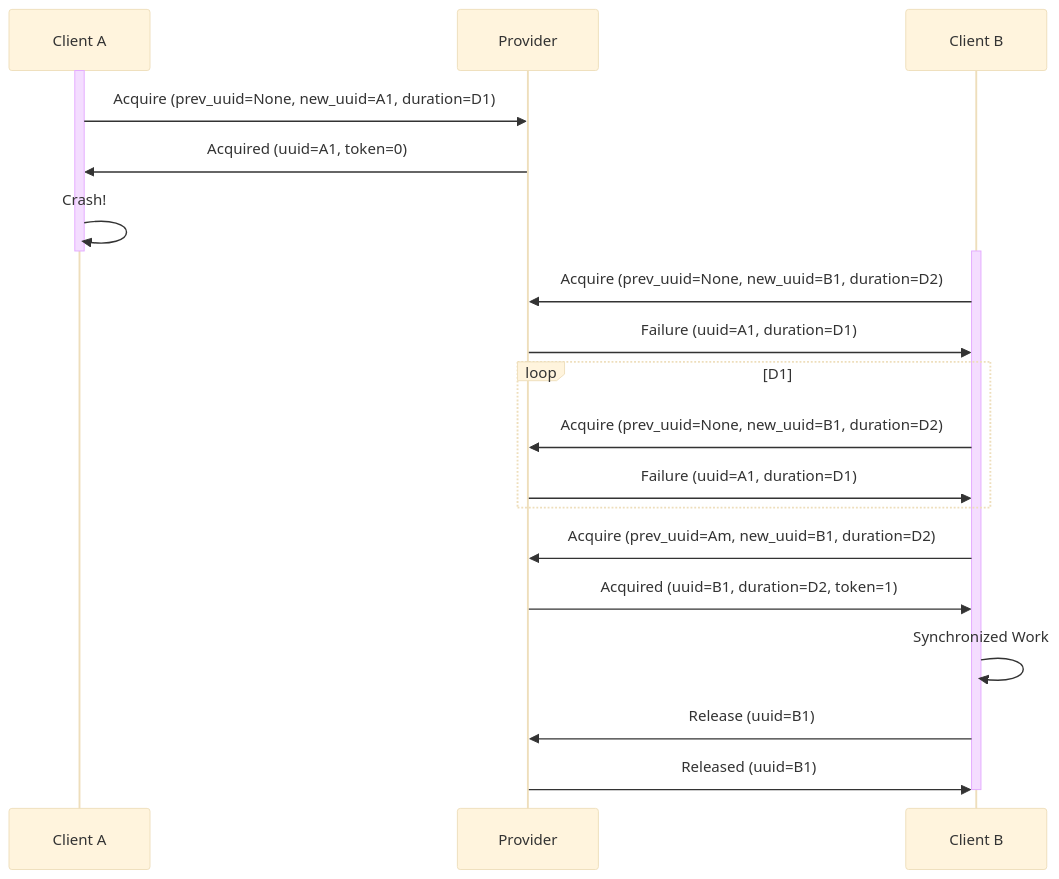
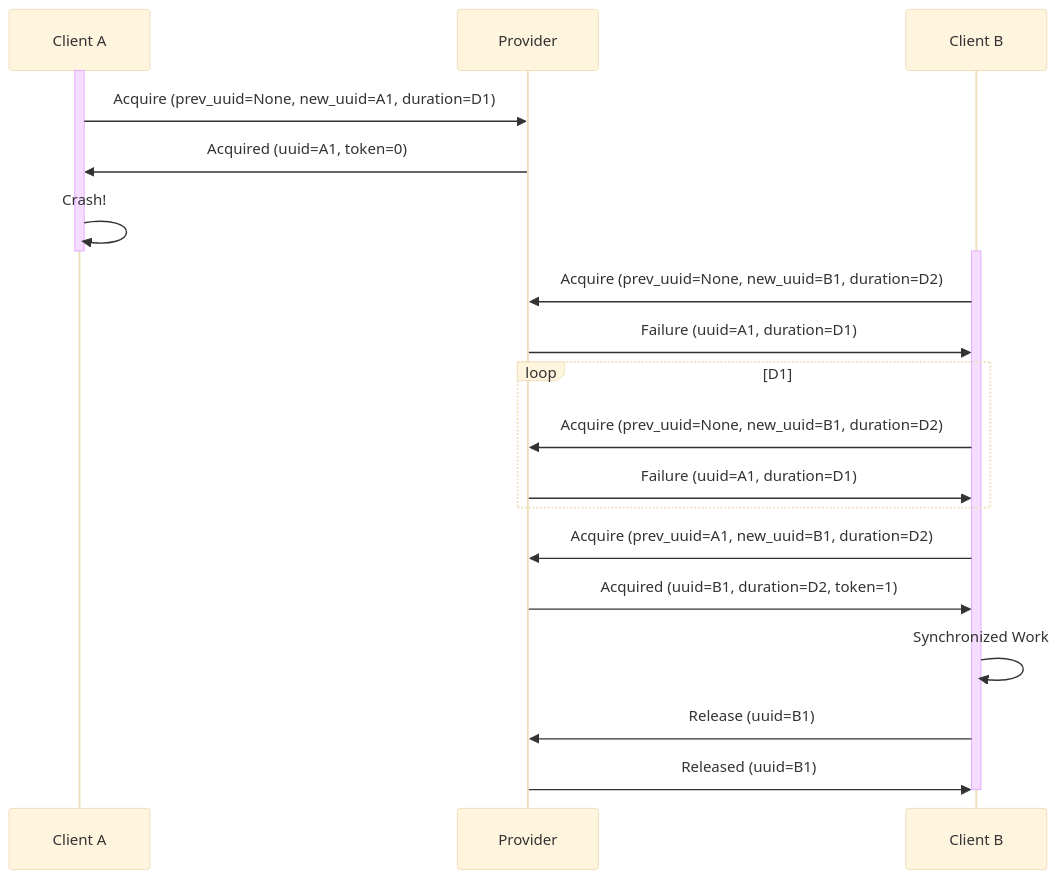
Before and after one commit to kodebooth/dlock: the second of 3 diagrams in README.md, drawn with Mermaid (base theme). The commit also changed other lines of this file, not shown here.

Commit message:
Correct sequence diagrams
Correct a few small mistakes in the algorithm sequence diagram

````diff
--- a/README.md
+++ b/README.md
@@ -59,35 +59,35 @@
 ```mermaid
 sequenceDiagram
     participant A as Client A
     participant P as Provider
     participant B as Client B
 
     activate A
 
     A ->> P: Acquire (prev_uuid=None, new_uuid=A1, duration=D1)
     P ->> A: Acquired (uuid=A1, token=0)
 
     A ->> A: Crash!
 
     deactivate A
 
     activate B
 
     B ->> P: Acquire (prev_uuid=None, new_uuid=B1, duration=D2)
     P ->> B: Failure (uuid=A1, duration=D1)
 
     loop D1
         B ->> P: Acquire (prev_uuid=None, new_uuid=B1, duration=D2)
         P ->> B: Failure (uuid=A1, duration=D1)
     end
 
-    B ->> P: Acquire (prev_uuid=Am, new_uuid=B1, duration=D2)
+    B ->> P: Acquire (prev_uuid=A1, new_uuid=B1, duration=D2)
     P ->> B: Acquired (uuid=B1, duration=D2, token=1)
 
     B ->> B: Synchronized Work
 
     B ->> P: Release (uuid=B1)
     P ->> B: Released (uuid=B1)
 
     deactivate B
 ```
````
